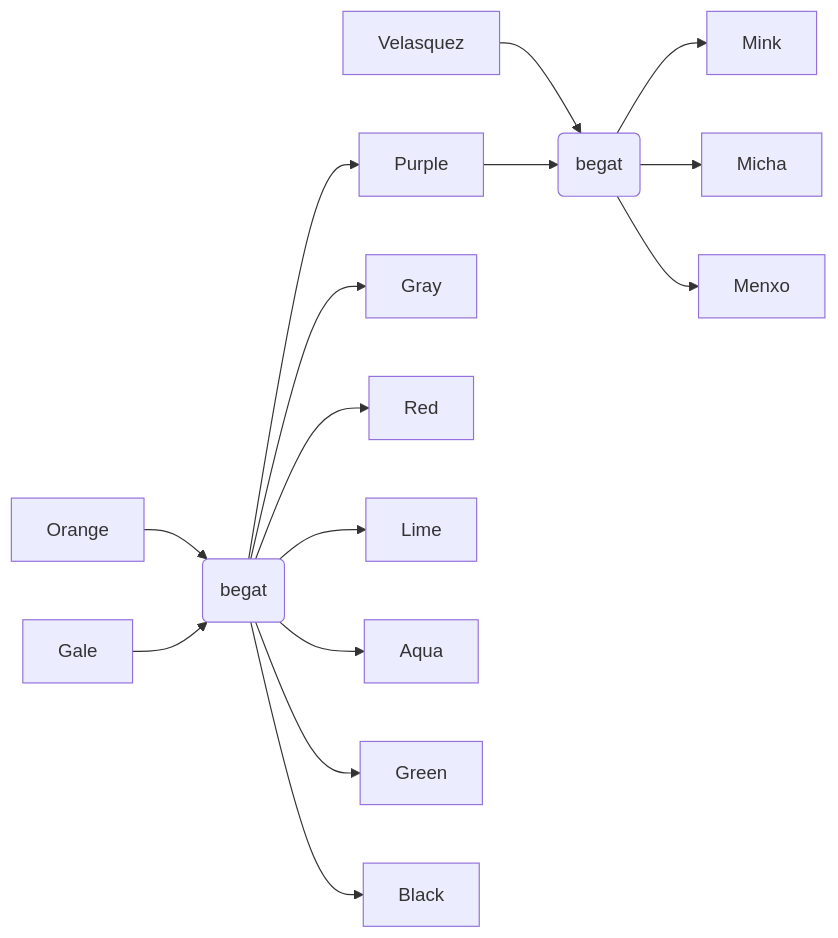
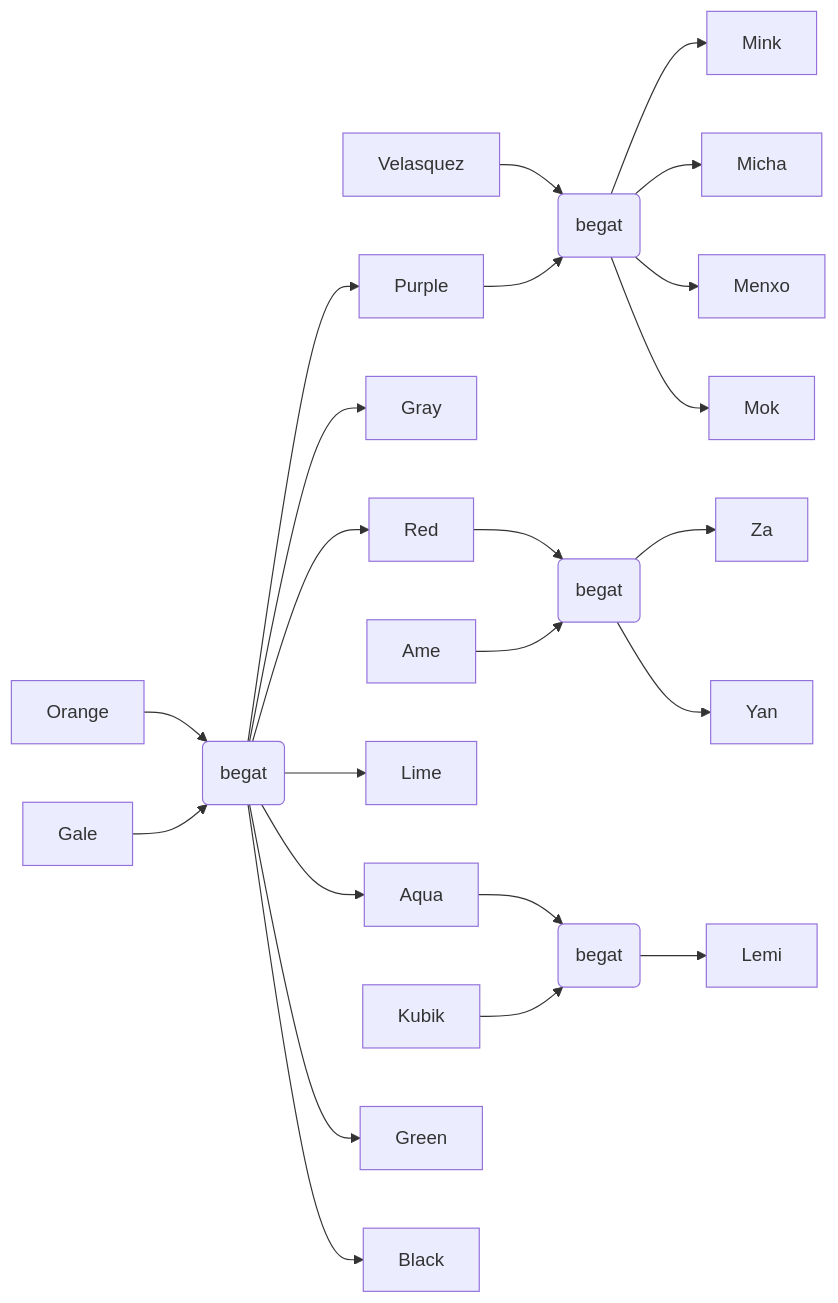
The diagram in plays/BaidaTribe2025/Baida-FamilyTrees.md (WuphonsReach/rimworld-notes), drawn with Mermaid before and after one commit. The commit also changed 1 other file, not shown here.

Commit message:
Baida 5529

````diff
--- a/plays/BaidaTribe2025/Baida-FamilyTrees.md
+++ b/plays/BaidaTribe2025/Baida-FamilyTrees.md
@@ -5,17 +5,25 @@
 ```mermaid
 flowchart LR
   Orange --> OrangeGale(begat)
   Gale --> OrangeGale(begat)
   Velasquez --> PurpleVelasquez(begat)
   OrangeGale --> Purple
   OrangeGale --> Gray
   OrangeGale --> Red
+  Red --> RedAme(begat)
+  Ame --> RedAme(begat)
   OrangeGale --> Lime
   OrangeGale --> Aqua
+  Aqua --> AquaKubik(begat)
+  Kubik --> AquaKubik(begat)
   OrangeGale --> Green
   OrangeGale --> Black
   Purple --> PurpleVelasquez(begat)
   PurpleVelasquez --> Mink
   PurpleVelasquez --> Micha
   PurpleVelasquez --> Menxo
+  PurpleVelasquez --> Mok
+  RedAme --> Za
+  RedAme --> Yan
+  AquaKubik --> Lemi
 ```
````
